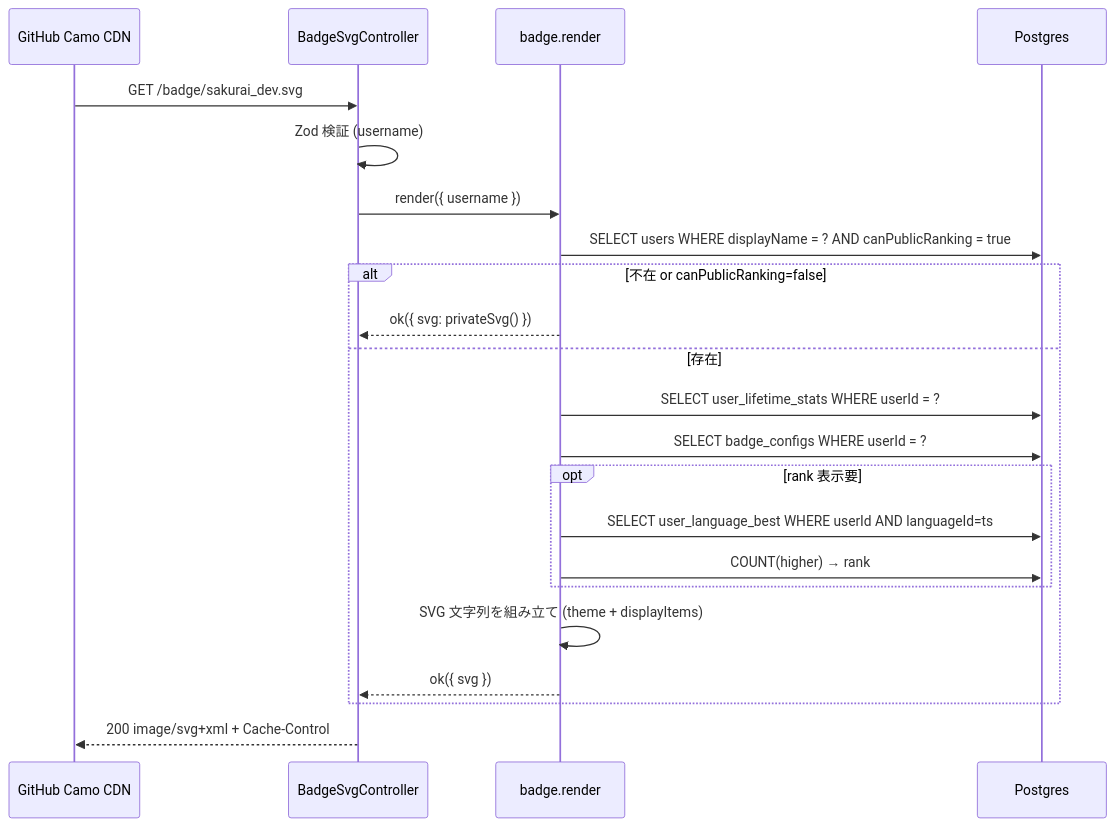
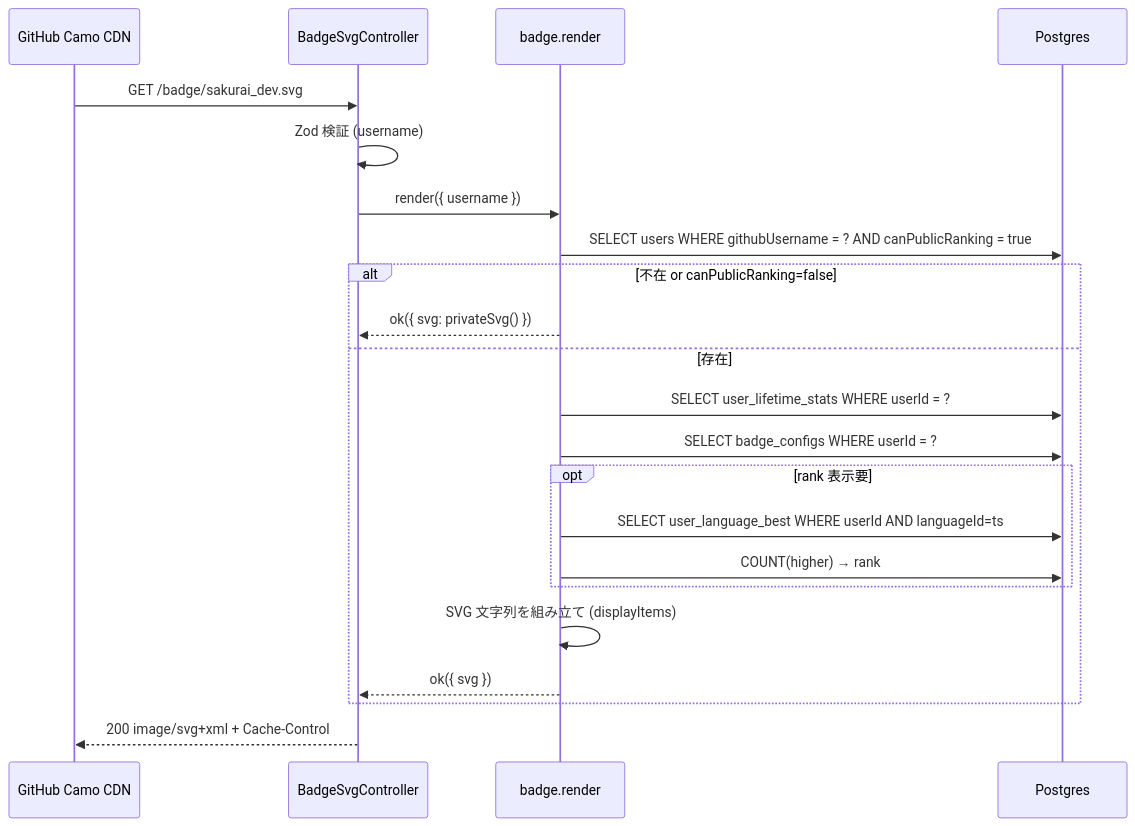
One commit to kentakki416/typing-royale changed the first of 2 diagrams in docs/spec/rewards/step2-api-badge-svg.md. Above: the diagram before and after it, drawn with Mermaid. The commit also changed other lines of this file and 51 other files, not shown here.

First line of the commit message:
docs(spec): 実装乖離を全 spec で同期 (displayName 廃止 / Google OAuth 廃止 / HoF コメント廃止 / monthly v2 等)

````diff
--- a/docs/spec/rewards/step2-api-badge-svg.md
+++ b/docs/spec/rewards/step2-api-badge-svg.md
@@ -130,25 +126,25 @@
 ```mermaid
 sequenceDiagram
     participant CDN as GitHub Camo CDN
     participant Ctrl as BadgeSvgController
     participant Svc as badge.render
     participant DB as Postgres
 
     CDN->>Ctrl: GET /badge/sakurai_dev.svg
     Ctrl->>Ctrl: Zod 検証 (username)
     Ctrl->>Svc: render({ username })
-    Svc->>DB: SELECT users WHERE displayName = ? AND canPublicRanking = true
+    Svc->>DB: SELECT users WHERE githubUsername = ? AND canPublicRanking = true
     alt 不在 or canPublicRanking=false
         Svc-->>Ctrl: ok({ svg: privateSvg() })
     else 存在
         Svc->>DB: SELECT user_lifetime_stats WHERE userId = ?
         Svc->>DB: SELECT badge_configs WHERE userId = ?
         opt rank 表示要
             Svc->>DB: SELECT user_language_best WHERE userId AND languageId=ts
             Svc->>DB: COUNT(higher) → rank
         end
-        Svc->>Svc: SVG 文字列を組み立て (theme + displayItems)
+        Svc->>Svc: SVG 文字列を組み立て (displayItems)
         Svc-->>Ctrl: ok({ svg })
     end
     Ctrl-->>CDN: 200 image/svg+xml + Cache-Control
 ```
````
